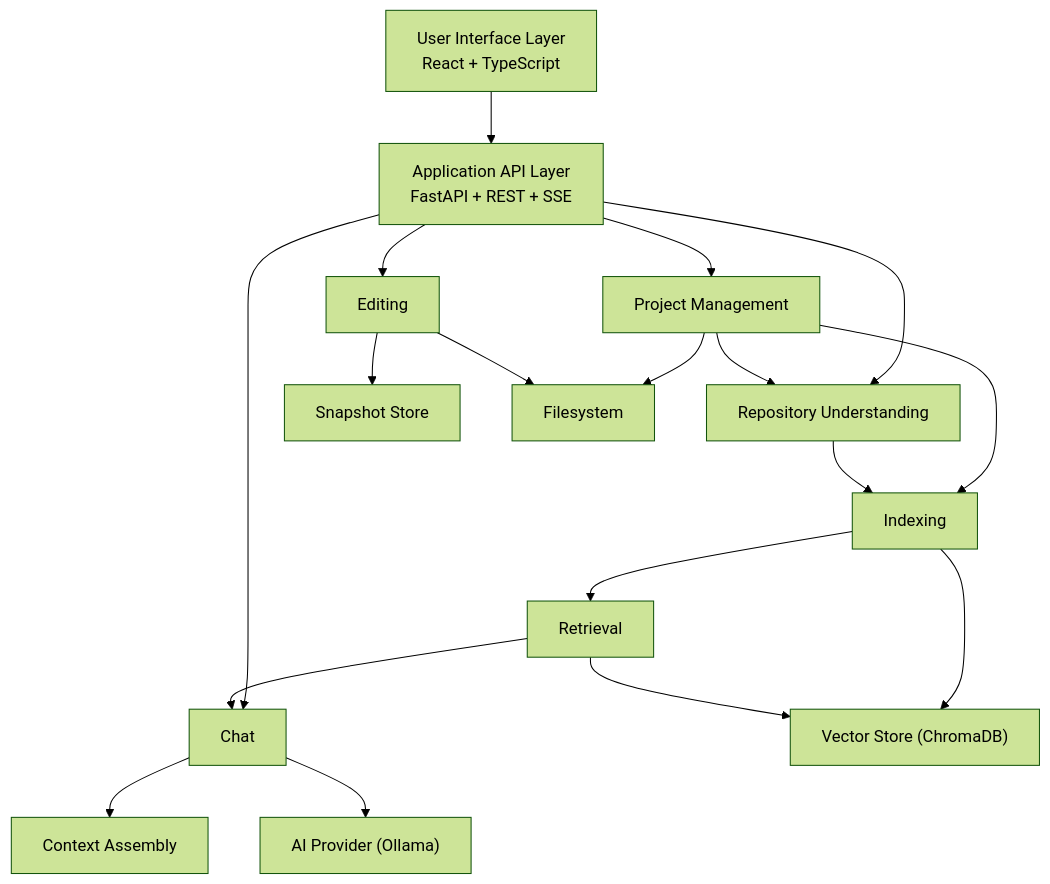
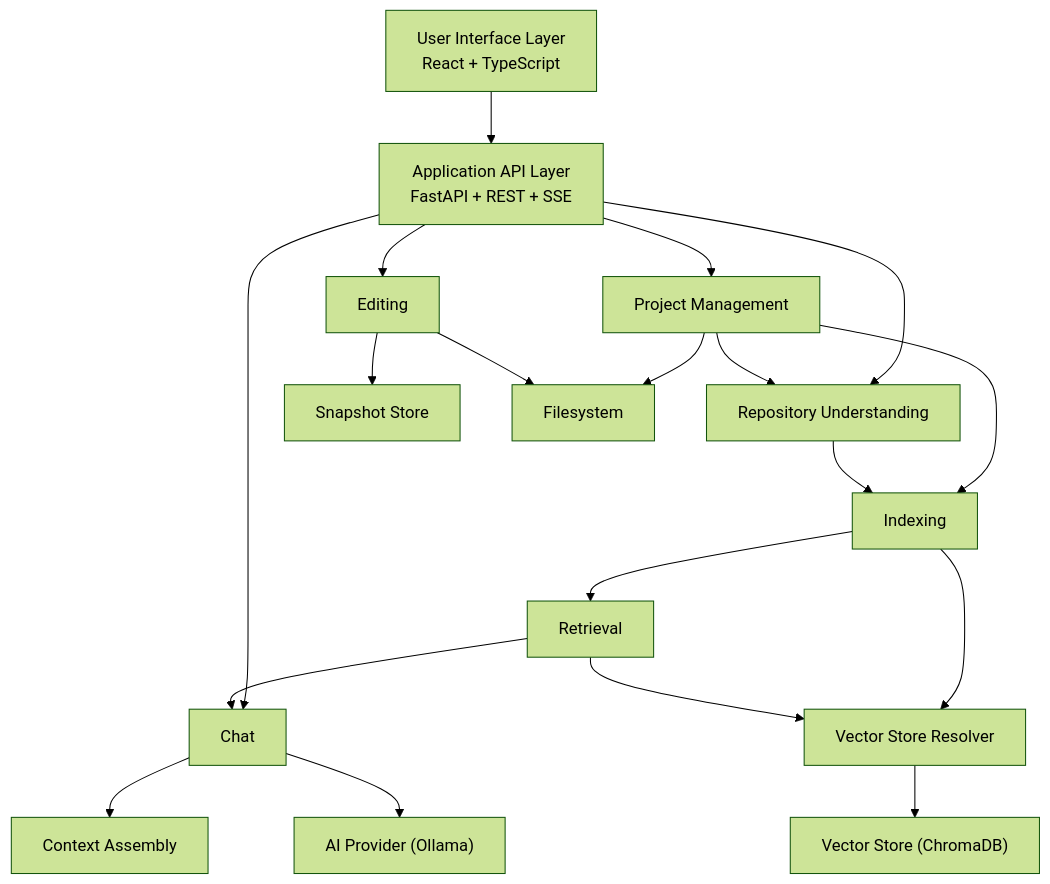
The first of 2 diagrams in docs/architecture/system-overview.md (Smit-whitespace/repository-intelligence-platform), drawn with Mermaid (forest theme) before and after one commit. The commit also changed other lines of this file and 75 other files, not shown here.

````diff
--- a/docs/architecture/system-overview.md
+++ b/docs/architecture/system-overview.md
@@ -22,20 +22,21 @@
 ```mermaid
 graph TD
     UI["User Interface Layer<br/>React + TypeScript"] --> API["Application API Layer<br/>FastAPI + REST + SSE"]
     API --> PM["Project Management"]
     API --> REPO["Repository Understanding"]
     API --> CHAT["Chat"]
     API --> EDIT["Editing"]
     PM --> REPO
     PM --> INDEX["Indexing"]
     REPO --> INDEX
     INDEX --> RETRIEVAL["Retrieval"]
     RETRIEVAL --> CHAT
     CHAT --> CONTEXT["Context Assembly"]
     CHAT --> AI["AI Provider (Ollama)"]
     EDIT --> SNAPSHOT["Snapshot Store"]
-    INDEX --> VECTOR["Vector Store (ChromaDB)"]
-    RETRIEVAL --> VECTOR
+    INDEX --> VR["Vector Store Resolver"]
+    RETRIEVAL --> VR
+    VR --> VECTOR["Vector Store (ChromaDB)"]
     PM --> STORAGE["Filesystem"]
     EDIT --> STORAGE
 ```
````
